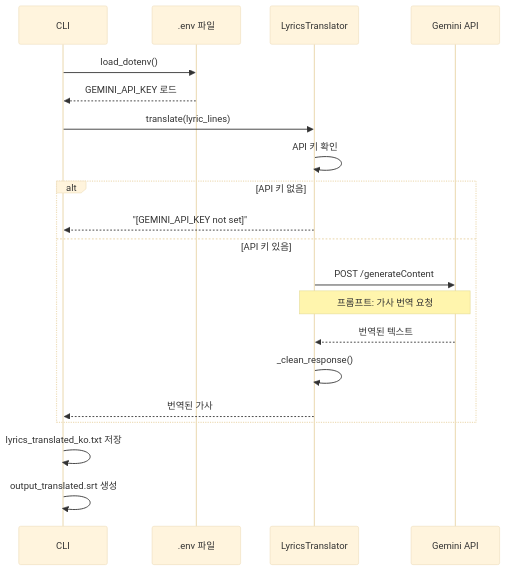
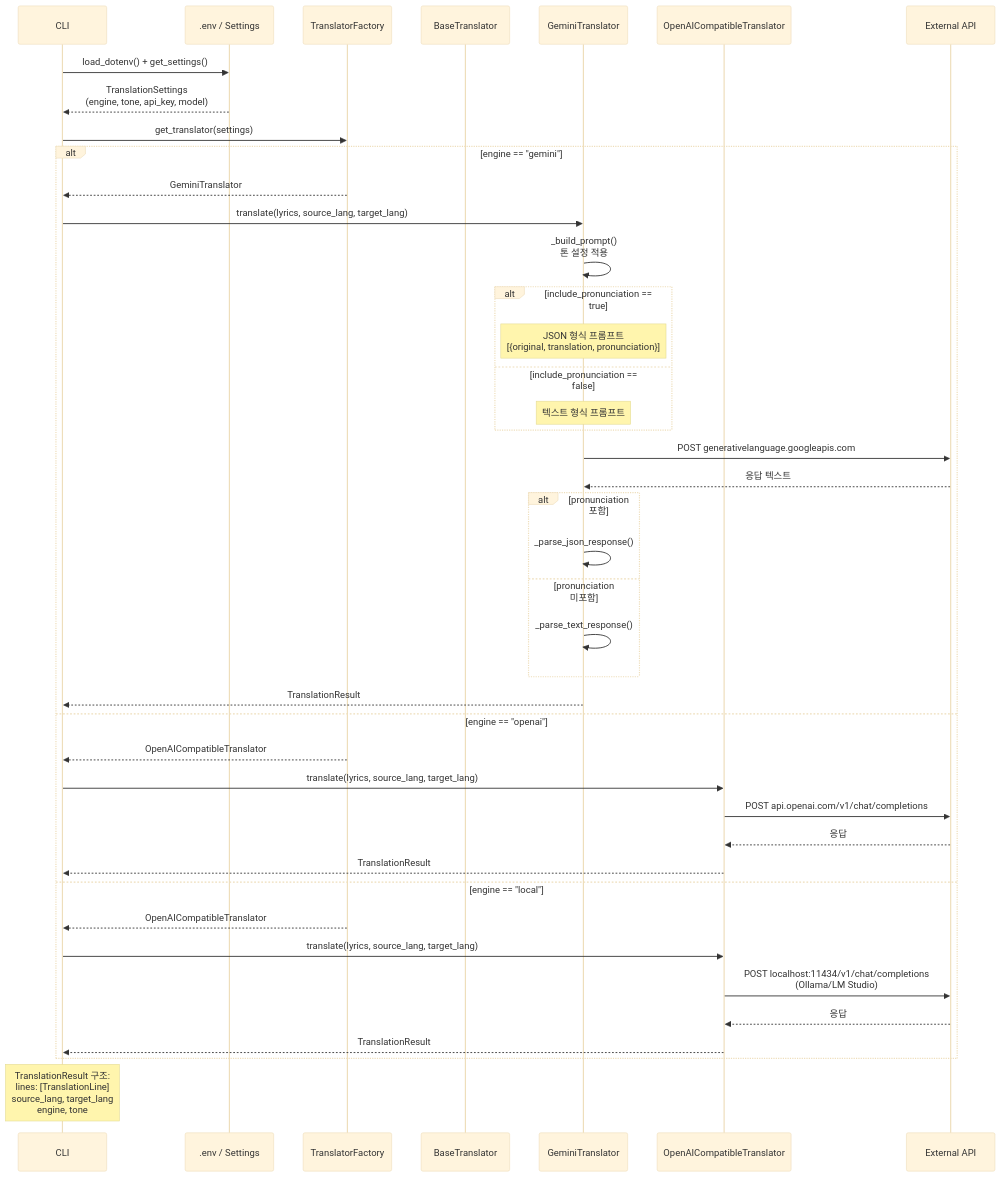
The diagram in diagrams/05_translation_flow.mermaid (onpe5679/Everyric2), drawn with Mermaid before and after one commit. The commit also changed 6 other files, not shown here.

Commit message:
다이어그램수정

```diff
--- a/diagrams/05_translation_flow.mermaid
+++ b/diagrams/05_translation_flow.mermaid
@@ -1,25 +1,54 @@
 %%{init: {'theme': 'base'}}%%
 sequenceDiagram
     participant CLI as CLI
-    participant ENV as .env 파일
-    participant TR as LyricsTranslator
-    participant API as Gemini API
+    participant ENV as .env / Settings
+    participant FACT as TranslatorFactory
+    participant BASE as BaseTranslator
+    participant GEM as GeminiTranslator
+    participant OAI as OpenAICompatibleTranslator
+    participant API as External API
 
-    CLI->>ENV: load_dotenv()
-    ENV-->>CLI: GEMINI_API_KEY 로드
+    CLI->>ENV: load_dotenv() + get_settings()
+    ENV-->>CLI: TranslationSettings<br/>(engine, tone, api_key, model)
 
-    CLI->>TR: translate(lyric_lines)
-    TR->>TR: API 키 확인
+    CLI->>FACT: get_translator(settings)
     
-    alt API 키 없음
-        TR-->>CLI: "[GEMINI_API_KEY not set]"
-    else API 키 있음
-        TR->>API: POST /generateContent
-        Note over TR,API: 프롬프트: 가사 번역 요청
-        API-->>TR: 번역된 텍스트
-        TR->>TR: _clean_response()
-        TR-->>CLI: 번역된 가사
+    alt engine == "gemini"
+        FACT-->>CLI: GeminiTranslator
+        CLI->>GEM: translate(lyrics, source_lang, target_lang)
+        
+        GEM->>GEM: _build_prompt()<br/>톤 설정 적용
+        
+        alt include_pronunciation == true
+            Note over GEM: JSON 형식 프롬프트<br/>[{original, translation, pronunciation}]
+        else include_pronunciation == false
+            Note over GEM: 텍스트 형식 프롬프트
+        end
+        
+        GEM->>API: POST generativelanguage.googleapis.com
+        API-->>GEM: 응답 텍스트
+        
+        alt pronunciation 포함
+            GEM->>GEM: _parse_json_response()
+        else pronunciation 미포함
+            GEM->>GEM: _parse_text_response()
+        end
+        
+        GEM-->>CLI: TranslationResult
+        
+    else engine == "openai"
+        FACT-->>CLI: OpenAICompatibleTranslator
+        CLI->>OAI: translate(lyrics, source_lang, target_lang)
+        OAI->>API: POST api.openai.com/v1/chat/completions
+        API-->>OAI: 응답
+        OAI-->>CLI: TranslationResult
+        
+    else engine == "local"
+        FACT-->>CLI: OpenAICompatibleTranslator
+        CLI->>OAI: translate(lyrics, source_lang, target_lang)
+        OAI->>API: POST localhost:11434/v1/chat/completions<br/>(Ollama/LM Studio)
+        API-->>OAI: 응답
+        OAI-->>CLI: TranslationResult
     end
 
-    CLI->>CLI: lyrics_translated_ko.txt 저장
-    CLI->>CLI: output_translated.srt 생성
+    Note over CLI: TranslationResult 구조:<br/>lines: [TranslationLine]<br/>source_lang, target_lang<br/>engine, tone
```
